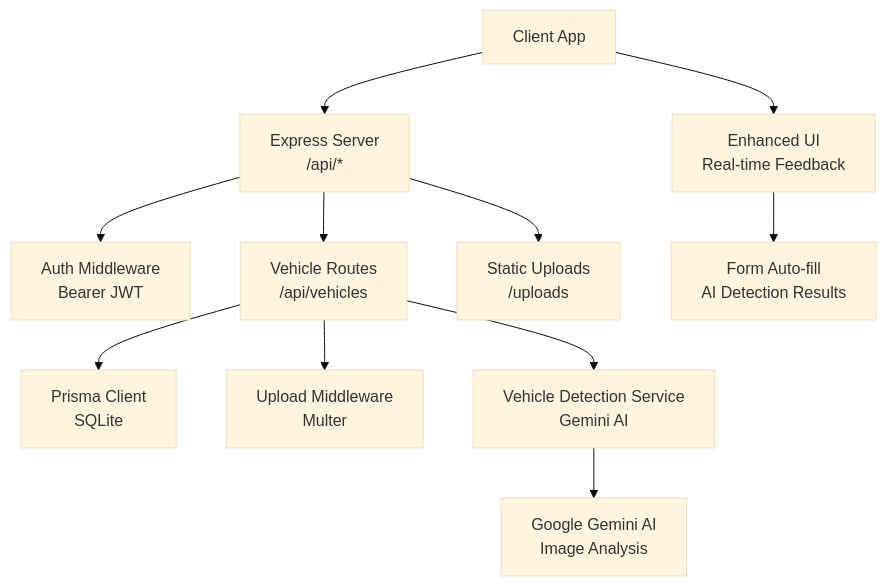
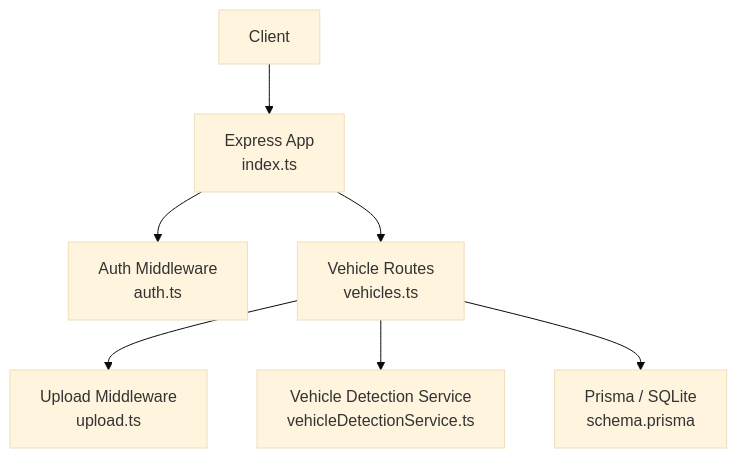
Before and after one commit to NaveenHiranya/Smart-Vehicle-Insurance-Claim-System: the first of 2 diagrams in .qoder/repowiki/en/content/API Reference/Vehicles API.md, drawn with Mermaid (base theme). The commit also changed other lines of this file and 183 other files, not shown here.

````diff
--- a/.qoder/repowiki/en/content/API Reference/Vehicles API.md
+++ b/.qoder/repowiki/en/content/API Reference/Vehicles API.md
@@ -43,13 +32,16 @@
 ```mermaid
 graph TB
-Client["Client App"] --> API["Express Server<br/>/api/*"]
-API --> AuthMW["Auth Middleware<br/>Bearer JWT"]
-API --> Routes["Vehicle Routes<br/>/api/vehicles"]
-Routes --> DB["Prisma Client<br/>SQLite"]
-Routes --> UploadMW["Upload Middleware<br/>Multer"]
-Routes --> DetectionSvc["Vehicle Detection Service<br/>Gemini AI"]
-DetectionSvc --> Gemini["Google Gemini AI<br/>Image Analysis"]
-API --> Static["Static Uploads<br/>/uploads"]
-Client --> UI["Enhanced UI<br/>Real-time Feedback"]
-UI --> FormAutoFill["Form Auto-fill<br/>AI Detection Results"]
+Client["Client"]
+App["Express App<br/>index.ts"]
+AuthMW["Auth Middleware<br/>auth.ts"]
+UploadMW["Upload Middleware<br/>upload.ts"]
+Vehicles["Vehicle Routes<br/>vehicles.ts"]
+VDS["Vehicle Detection Service<br/>vehicleDetectionService.ts"]
+DB["Prisma / SQLite<br/>schema.prisma"]
+Client --> App
+App --> AuthMW
+App --> Vehicles
+Vehicles --> UploadMW
+Vehicles --> VDS
+Vehicles --> DB
 ```
````
